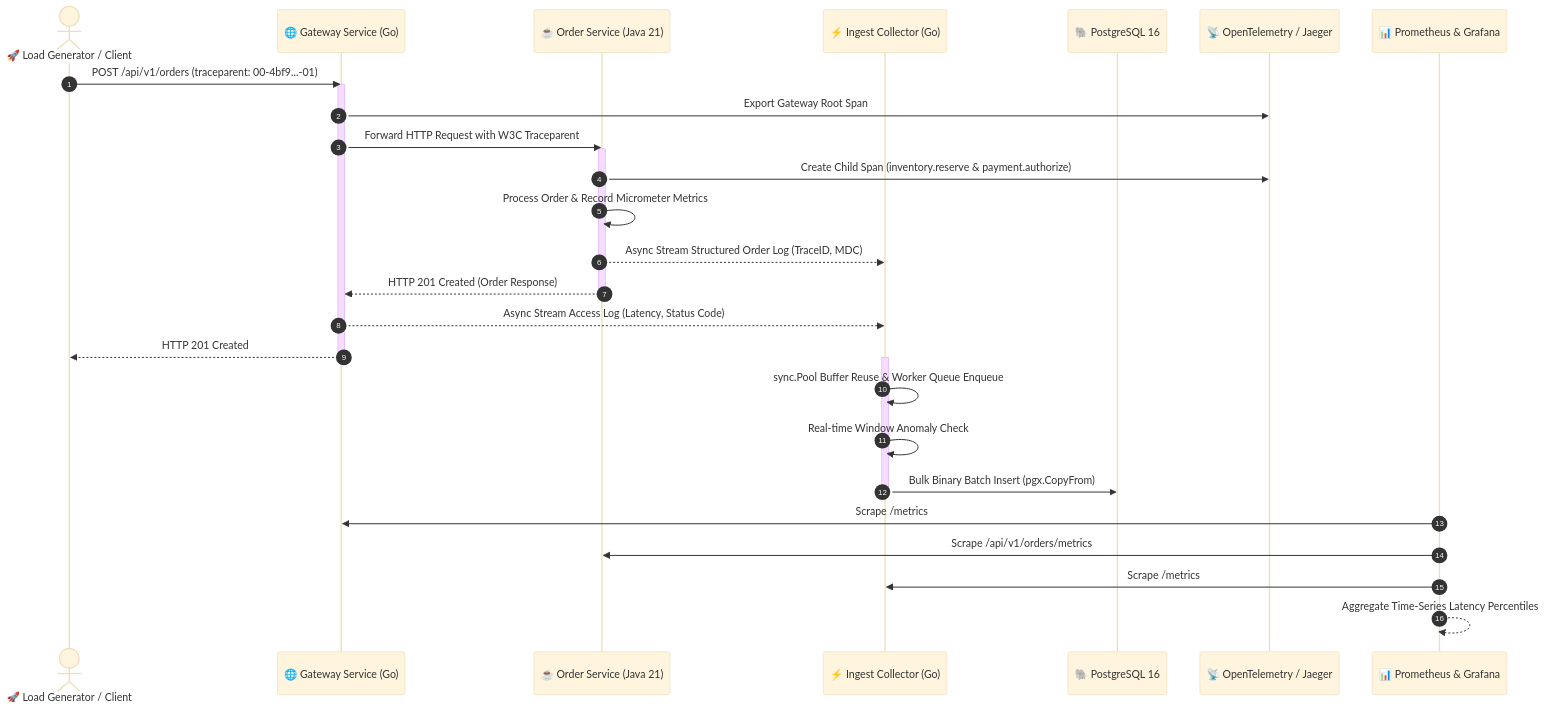
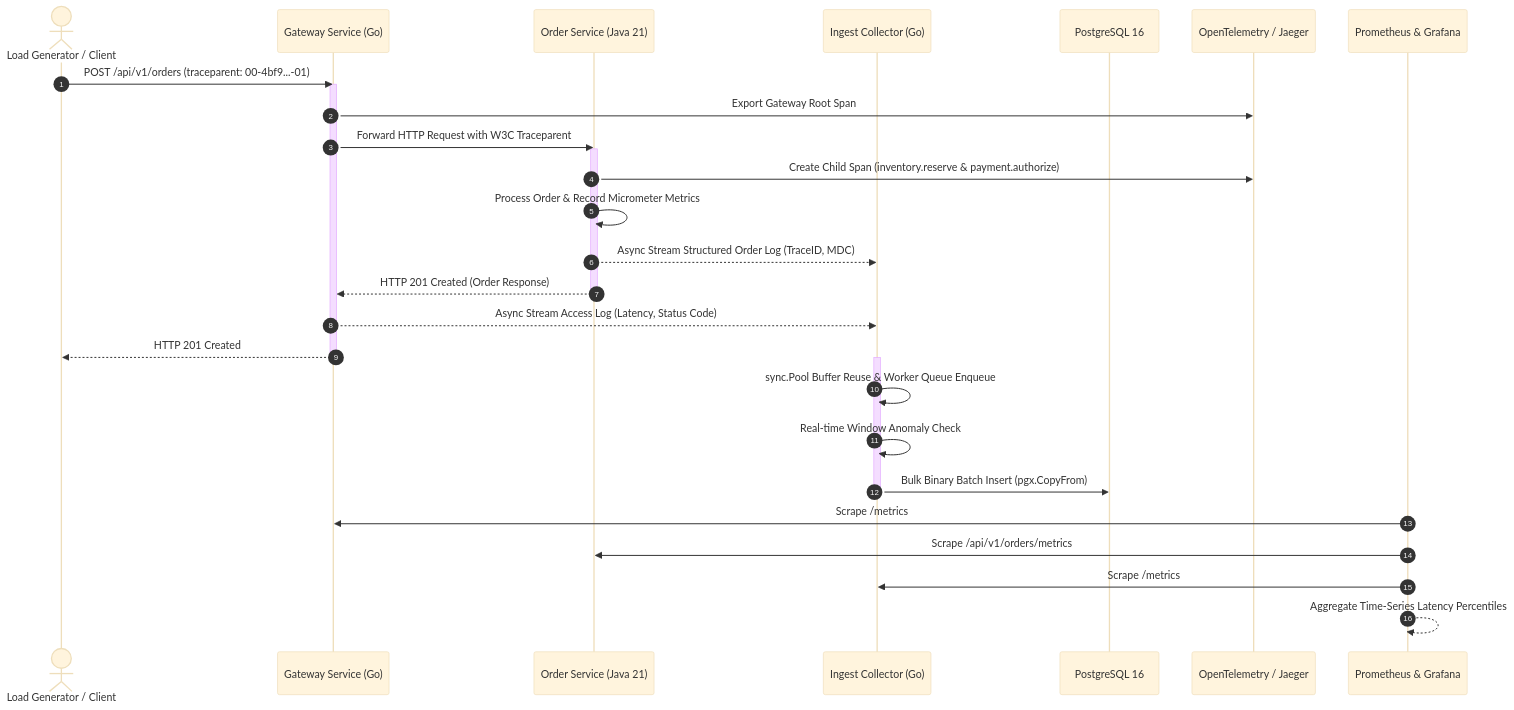
The first of 2 diagrams in README.md (PremKudale/TraceBench-Distributed-Service-Benchmark-Observability-Platform), drawn with Mermaid (base theme) before and after one commit. The commit also changed other lines of this file, not shown here.

````diff
--- a/README.md
+++ b/README.md
@@ -103,38 +103,38 @@
 ```mermaid
 sequenceDiagram
     autonumber
-    actor Client as 🚀 Load Generator / Client
-    participant GW as 🌐 Gateway Service (Go)
-    participant Java as ☕ Order Service (Java 21)
-    participant Ingest as ⚡ Ingest Collector (Go)
-    participant DB as 🐘 PostgreSQL 16
-    participant Otel as 📡 OpenTelemetry / Jaeger
-    participant Prom as 📊 Prometheus & Grafana
+    actor Client as Load Generator / Client
+    participant GW as Gateway Service (Go)
+    participant Java as Order Service (Java 21)
+    participant Ingest as Ingest Collector (Go)
+    participant DB as PostgreSQL 16
+    participant Otel as OpenTelemetry / Jaeger
+    participant Prom as Prometheus & Grafana
 
     Client->>GW: POST /api/v1/orders (traceparent: 00-4bf9...-01)
     activate GW
     GW->>Otel: Export Gateway Root Span
     GW->>Java: Forward HTTP Request with W3C Traceparent
     activate Java
     
     Java->>Otel: Create Child Span (inventory.reserve & payment.authorize)
     Java->>Java: Process Order & Record Micrometer Metrics
     Java-->>Ingest: Async Stream Structured Order Log (TraceID, MDC)
     Java-->>GW: HTTP 201 Created (Order Response)
     deactivate Java
 
     GW-->>Ingest: Async Stream Access Log (Latency, Status Code)
     GW-->>Client: HTTP 201 Created
     deactivate GW
 
     activate Ingest
     Ingest->>Ingest: sync.Pool Buffer Reuse & Worker Queue Enqueue
     Ingest->>Ingest: Real-time Window Anomaly Check
     Ingest->>DB: Bulk Binary Batch Insert (pgx.CopyFrom)
     deactivate Ingest
 
     Prom->>GW: Scrape /metrics
     Prom->>Java: Scrape /api/v1/orders/metrics
     Prom->>Ingest: Scrape /metrics
     Prom-->>Prom: Aggregate Time-Series Latency Percentiles
 ```
````
